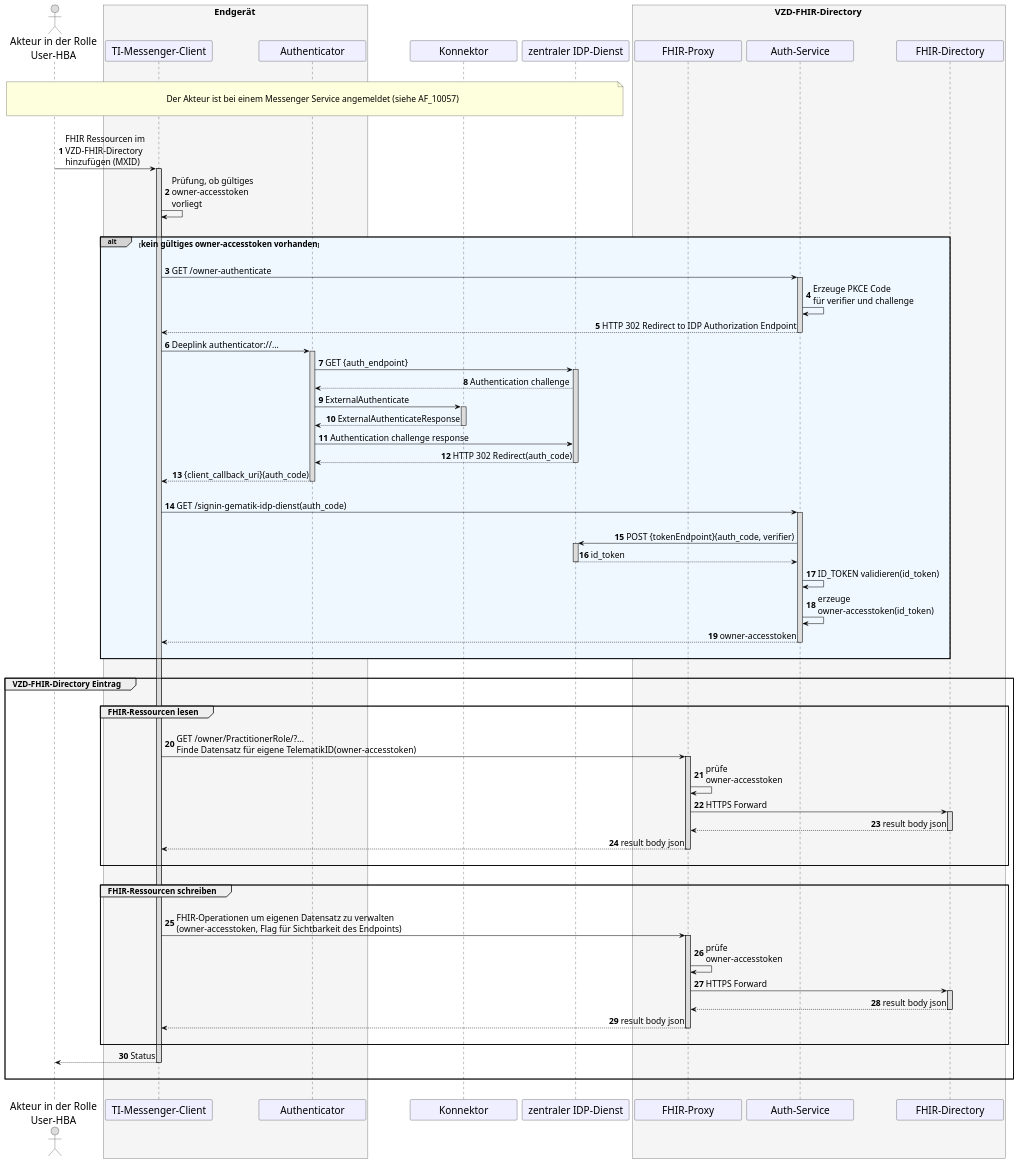
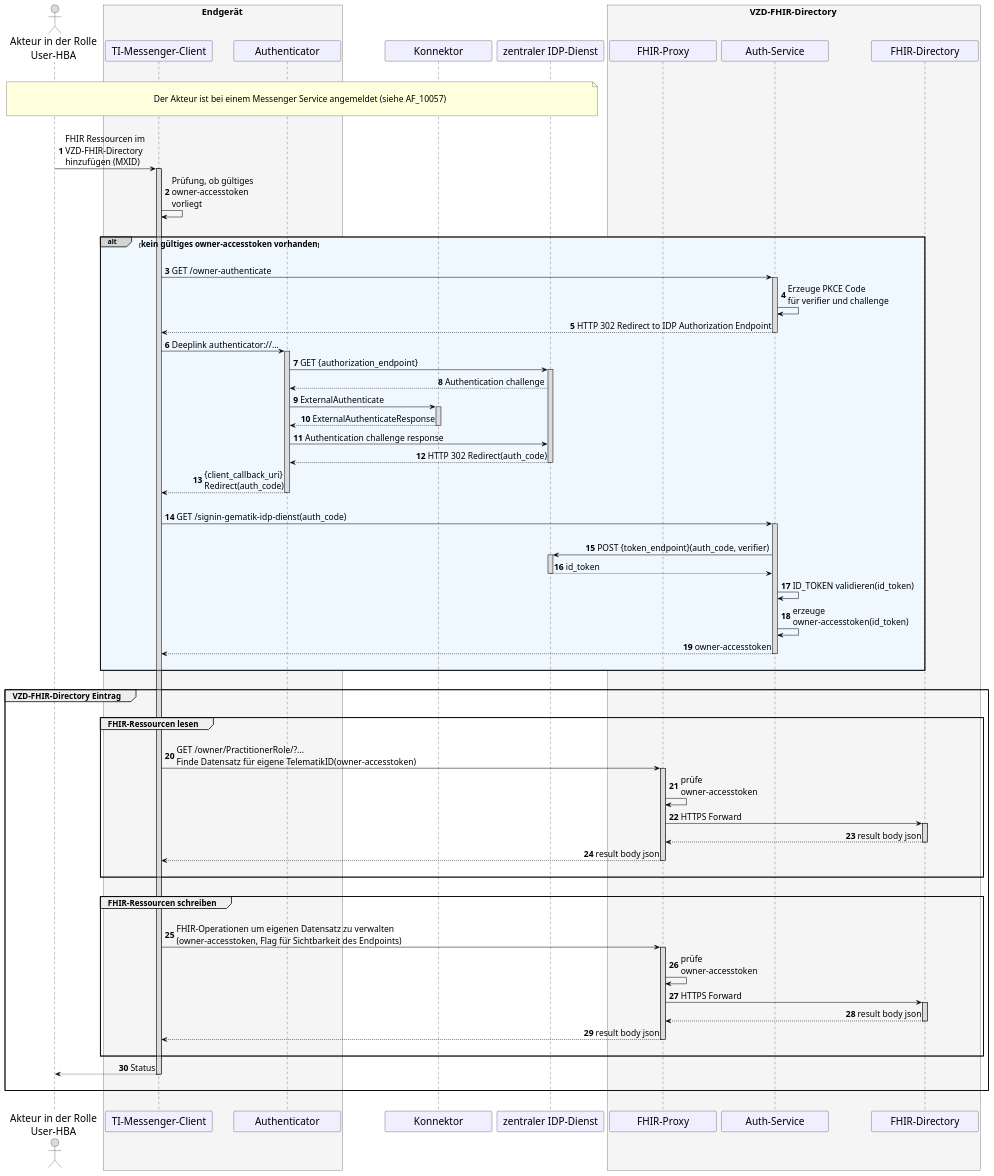
One commit to gematik/api-ti-messenger changed the diagram in src/plantuml/TI-Messenger-Dienst/Ressourcen/UC_10058_Seq.puml. Above: the diagram before and after it, drawn with PlantUML. The commit also changed 5 other files, not shown here.

Commit message:
added idp identifier and synced authenticator flow

```diff
--- a/src/plantuml/TI-Messenger-Dienst/Ressourcen/UC_10058_Seq.puml
+++ b/src/plantuml/TI-Messenger-Dienst/Ressourcen/UC_10058_Seq.puml
@@ -9,132 +9,132 @@
 @startuml
 skinparam sequenceMessageAlign direction
 skinparam minClassWidth 200
 skinparam BoxPadding 1
 skinparam sequenceReferenceHeaderBackgroundColor palegreen
 scale max 2048 width
 
 skinparam sequence {
 ArrowColor black
 ArrowFontSize 17
 ActorBorderColor black
 LifeLineBorderColor black
 LifeLineBackgroundColor Gainsboro
 
 ParticipantBorderColor Motivation
 ParticipantBackgroundColor Motivation
 ParticipantFontSize 20
 ParticipantFontColor black
 ParticipantBorderColor Black
 
 ActorBackgroundColor Gainsboro
 ActorFontColor black
 ActorFontSize 20
 }
 
 autonumber
 
 actor U as "Akteur in der Rolle\nUser-HBA"
 box <size:18>Endgerät</size> #WhiteSmoke
   participant C as "TI-Messenger-Client"
   participant A as "Authenticator"
 end box
 participant konnektor as "Konnektor"
 participant I as "zentraler IDP-Dienst" 
 box <size:18>VZD-FHIR-Directory</size> #WhiteSmoke
   participant FP as "FHIR-Proxy"
   participant Auth as "Auth-Service"
   participant VZD as "FHIR-Directory"
 end box
 
 |||
 note over U, I: \n<size:17>Der Akteur ist bei einem Messenger Service angemeldet (siehe AF_10057)</size>\n
 |||
 
 U->C: FHIR Ressourcen im \nVZD-FHIR-Directory \nhinzufügen (MXID)
   Activate C
 C->C: Prüfung, ob gültiges \nowner-accesstoken \nvorliegt
 
 |||
 alt#LightGrey #AliceBlue <size:16>kein gültiges owner-accesstoken vorhanden</size>
 |||
 
   C->Auth: GET /owner-authenticate
     Activate Auth
   Auth->Auth: Erzeuge PKCE Code \nfür verifier und challenge
   Auth-->C: HTTP 302 Redirect to IDP Authorization Endpoint
   Deactivate Auth
 
   C->A++: Deeplink authenticator://...
-  A->I: GET {auth_endpoint}
+  A->I: GET {authorization_endpoint}
   Activate I
 
   I-->A: Authentication challenge
   A->konnektor++: ExternalAuthenticate
 
   konnektor --> A: ExternalAuthenticateResponse
   deactivate konnektor
   
   A->I: Authentication challenge response
   I-->A: HTTP 302 Redirect(auth_code)
   Deactivate I
-  A-->C: {client_callback_uri}(auth_code)
+  A-->C: {client_callback_uri}\nRedirect(auth_code)
 
     Deactivate A
        
   |||          
   C->Auth: GET /signin-gematik-idp-dienst(auth_code)
     Activate Auth
   |||
-  Auth->I: POST {tokenEndpoint}(auth_code, verifier)
+  Auth->I: POST {token_endpoint}(auth_code, verifier)
   Activate I
   return id_token
   Deactivate I
   Auth->Auth: ID_TOKEN validieren(id_token)
   Auth->Auth: erzeuge \nowner-accesstoken(id_token)
   Auth-->C: owner-accesstoken
     Deactivate Auth
   |||
 end
       
 |||
 
 group <size:16>VZD-FHIR-Directory Eintrag</size>
   |||
   group <size:16>FHIR-Ressourcen lesen</size>
   |||
   C->FP: GET /owner/PractitionerRole/?... \nFinde Datensatz für eigene TelematikID(owner-accesstoken)
     Activate FP
   FP->FP: prüfe \nowner-accesstoken
   FP->VZD: HTTPS Forward
     Activate VZD
   VZD-->FP: result body json
     Deactivate VZD
   FP-->C: result body json
     Deactivate FP
   |||
   end
     
   |||
   group <size:16>FHIR-Ressourcen schreiben</size>
   |||
   C->FP: FHIR-Operationen um eigenen Datensatz zu verwalten\n(owner-accesstoken, Flag für Sichtbarkeit des Endpoints)
     Activate FP
   FP->FP: prüfe \nowner-accesstoken
   FP->VZD: HTTPS Forward
     Activate VZD
   VZD-->FP: result body json
     Deactivate VZD
   FP-->C: result body json
     Deactivate FP
      
   |||
   end
 
   C-->U: Status    
     Deactivate C
   |||
 end
 |||
 
   Deactivate C
 @enduml
```
